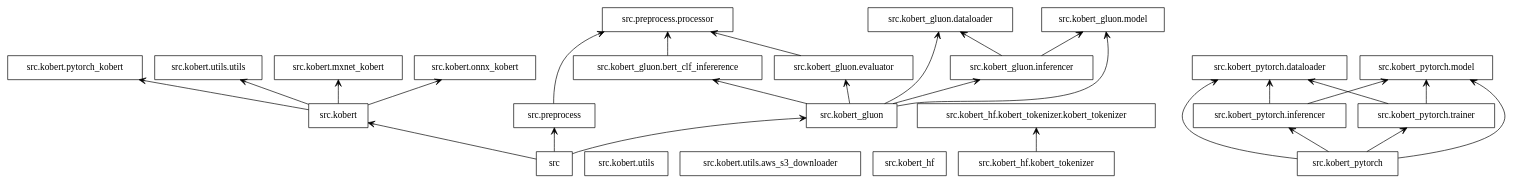
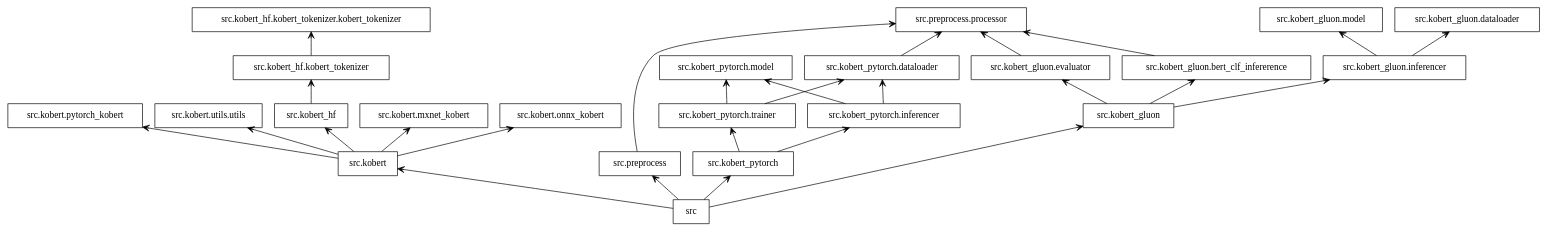
One commit to dsdanielpark/fine-tuned-korean-bert-news-article-classifier changed the diagram in packages.dot. Above: the diagram before and after it, drawn with Graphviz. The commit also changed 1 other file, not shown here.

Commit message:
fix: change diagram

```diff
--- a/packages.dot
+++ b/packages.dot
@@ -1,54 +1,52 @@
 digraph "packages" {
 charset="utf-8"
 rankdir=BT
 "0" [label="src", shape="box"];
 "1" [label="src.kobert", shape="box"];
 "2" [label="src.kobert.mxnet_kobert", shape="box"];
 "3" [label="src.kobert.onnx_kobert", shape="box"];
 "4" [label="src.kobert.pytorch_kobert", shape="box"];
-"5" [label="src.kobert.utils", shape="box"];
-"6" [label="src.kobert.utils.aws_s3_downloader", shape="box"];
 "7" [label="src.kobert.utils.utils", shape="box"];
 "8" [label="src.kobert_gluon", shape="box"];
 "9" [label="src.kobert_gluon.bert_clf_infererence", shape="box"];
 "10" [label="src.kobert_gluon.dataloader", shape="box"];
 "11" [label="src.kobert_gluon.evaluator", shape="box"];
 "12" [label="src.kobert_gluon.inferencer", shape="box"];
 "13" [label="src.kobert_gluon.model", shape="box"];
 "14" [label="src.kobert_hf", shape="box"];
 "15" [label="src.kobert_hf.kobert_tokenizer", shape="box"];
 "16" [label="src.kobert_hf.kobert_tokenizer.kobert_tokenizer", shape="box"];
 "17" [label="src.kobert_pytorch", shape="box"];
 "18" [label="src.kobert_pytorch.dataloader", shape="box"];
 "19" [label="src.kobert_pytorch.inferencer", shape="box"];
 "20" [label="src.kobert_pytorch.model", shape="box"];
 "21" [label="src.kobert_pytorch.trainer", shape="box"];
 "22" [label="src.preprocess", shape="box"];
 "23" [label="src.preprocess.processor", shape="box"];
 "0" -> "1" [arrowhead="open", arrowtail="none"];
 "0" -> "8" [arrowhead="open", arrowtail="none"];
 "0" -> "22" [arrowhead="open", arrowtail="none"];
 "1" -> "2" [arrowhead="open", arrowtail="none"];
 "1" -> "3" [arrowhead="open", arrowtail="none"];
 "1" -> "4" [arrowhead="open", arrowtail="none"];
 "1" -> "7" [arrowhead="open", arrowtail="none"];
 "8" -> "9" [arrowhead="open", arrowtail="none"];
-"8" -> "10" [arrowhead="open", arrowtail="none"];
 "8" -> "11" [arrowhead="open", arrowtail="none"];
 "8" -> "12" [arrowhead="open", arrowtail="none"];
-"8" -> "13" [arrowhead="open", arrowtail="none"];
 "9" -> "23" [arrowhead="open", arrowtail="none"];
 "11" -> "23" [arrowhead="open", arrowtail="none"];
 "12" -> "10" [arrowhead="open", arrowtail="none"];
 "12" -> "13" [arrowhead="open", arrowtail="none"];
 "15" -> "16" [arrowhead="open", arrowtail="none"];
-"17" -> "18" [arrowhead="open", arrowtail="none"];
+"0" -> "17" [arrowhead="open", arrowtail="none"];
 "17" -> "19" [arrowhead="open", arrowtail="none"];
-"17" -> "20" [arrowhead="open", arrowtail="none"];
 "17" -> "21" [arrowhead="open", arrowtail="none"];
 "19" -> "18" [arrowhead="open", arrowtail="none"];
 "19" -> "20" [arrowhead="open", arrowtail="none"];
 "21" -> "18" [arrowhead="open", arrowtail="none"];
 "21" -> "20" [arrowhead="open", arrowtail="none"];
 "22" -> "23" [arrowhead="open", arrowtail="none"];
+"14" -> "15" [arrowhead="open", arrowtail="none"];
+"1" -> "14" [arrowhead="open", arrowtail="none"];
+"18" -> "23" [arrowhead="open", arrowtail="none"];
 }
```
